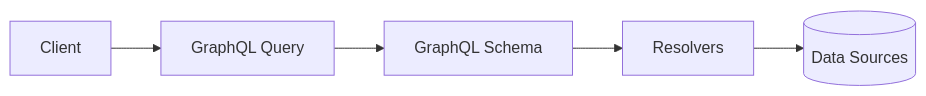
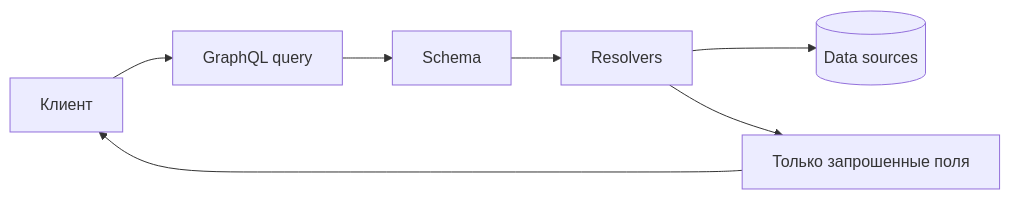
Before and after one commit to Kert0n/KPO: the eighth of 10 diagrams in lectures/Lec10/vitepress.md, drawn with Mermaid. The commit also changed other lines of this file and 9 other files, not shown here.

````diff
--- a/lectures/Lec10/vitepress.md
+++ b/lectures/Lec10/vitepress.md
@@ -270,7 +913,9 @@
 ```mermaid
 flowchart LR
-    Client[Client] --> Query[GraphQL Query]
-    Query --> Schema[GraphQL Schema]
-    Schema --> Resolvers[Resolvers]
-    Resolvers --> Data[(Data Sources)]
+    Client["Клиент"] --> Query["GraphQL query"]
+    Query --> Schema["Schema"]
+    Schema --> Resolvers["Resolvers"]
+    Resolvers --> DB[(Data sources)]
+    Resolvers --> Response["Только запрошенные поля"]
+    Response --> Client
 ```
````
